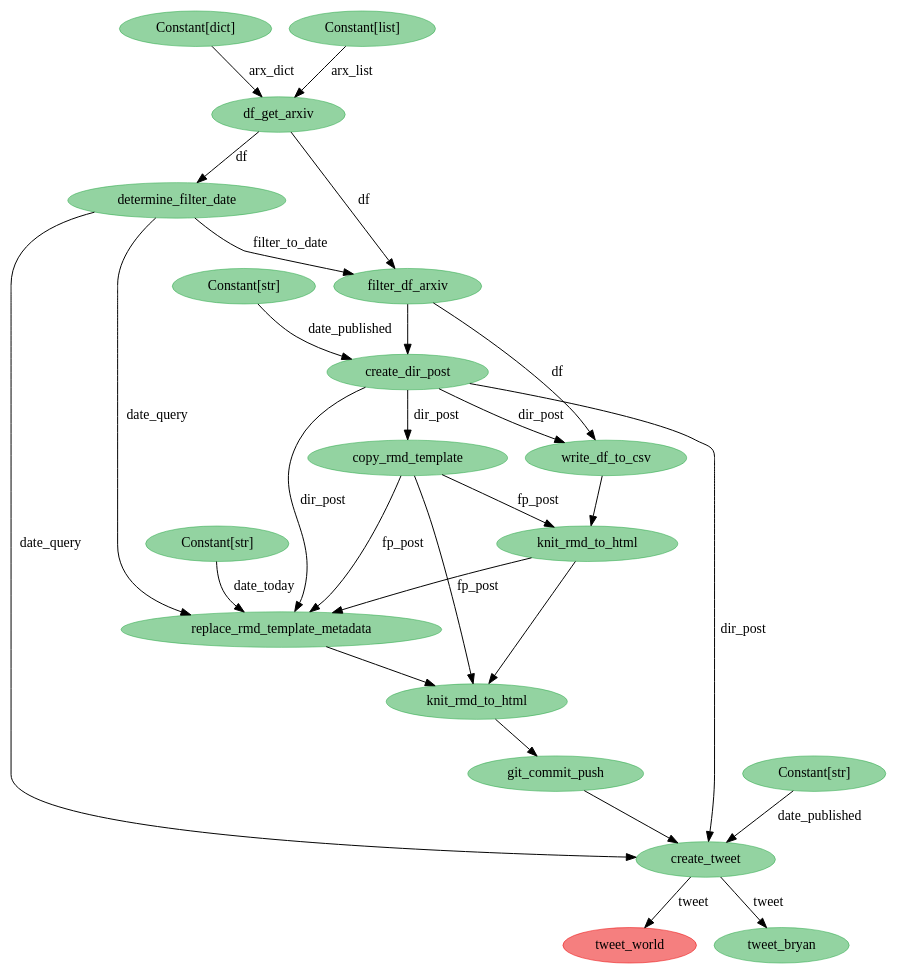
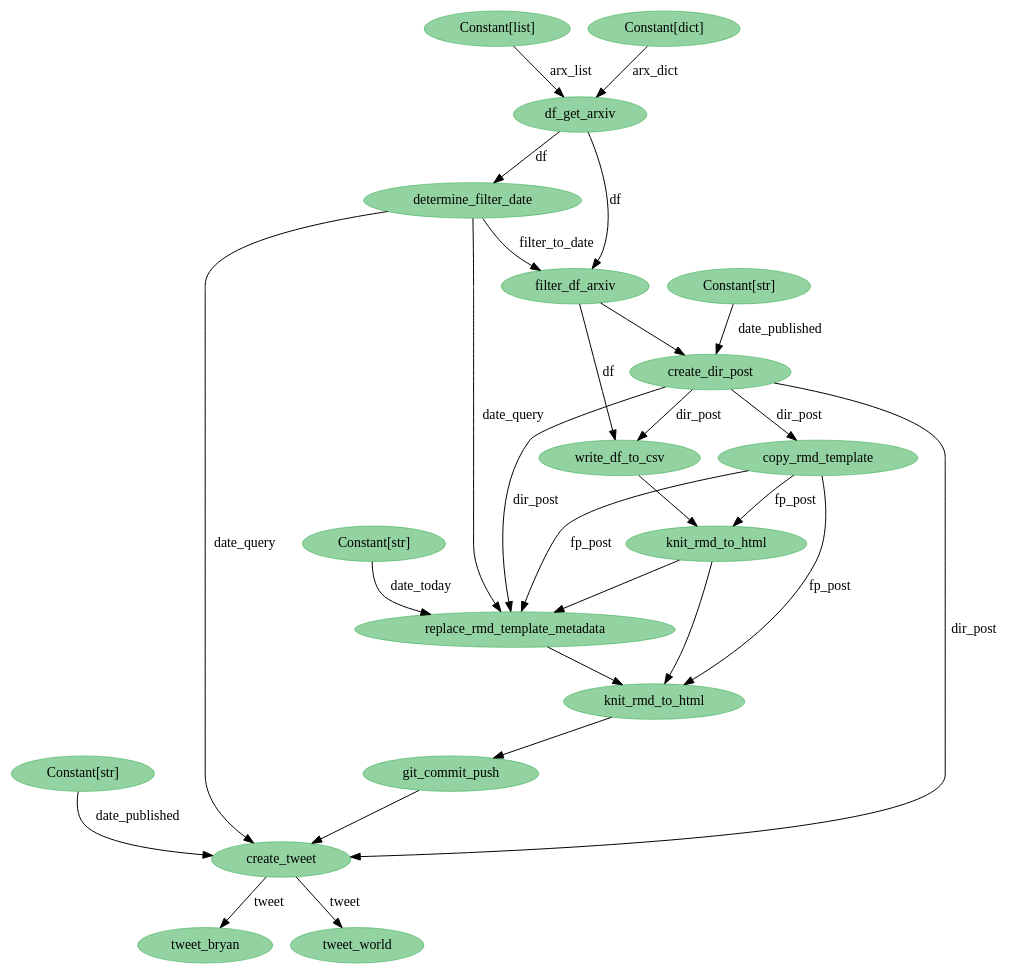
Before and after one commit to bryanwhiting/ds-arxiv: the diagram in python/state-viz.dot, drawn with Graphviz. The commit also changed 3 other files, not shown here.

```diff
--- a/python/state-viz.dot
+++ b/python/state-viz.dot
@@ -1,47 +1,47 @@
 digraph {
-	4587318864 [label=tweet_world color="#eb000080" colorscheme=svg shape=ellipse style=filled]
-	4587317968 [label=git_commit_push color="#28a74580" colorscheme=svg shape=ellipse style=filled]
-	4587317008 [label=replace_rmd_template_metadata color="#28a74580" colorscheme=svg shape=ellipse style=filled]
-	4587317072 [label="Constant[str]" color="#28a74580" colorscheme=svg shape=ellipse style=filled]
-	4587318672 [label=tweet_bryan color="#28a74580" colorscheme=svg shape=ellipse style=filled]
-	4587318224 [label=create_tweet color="#28a74580" colorscheme=svg shape=ellipse style=filled]
-	4587306704 [label=df_get_arxiv color="#28a74580" colorscheme=svg shape=ellipse style=filled]
-	4587306512 [label="Constant[dict]" color="#28a74580" colorscheme=svg shape=ellipse style=filled]
-	4587306384 [label="Constant[list]" color="#28a74580" colorscheme=svg shape=ellipse style=filled]
-	4587315728 [label=filter_df_arxiv color="#28a74580" colorscheme=svg shape=ellipse style=filled]
-	4587315408 [label=determine_filter_date color="#28a74580" colorscheme=svg shape=ellipse style=filled]
-	4587315856 [label=create_dir_post color="#28a74580" colorscheme=svg shape=ellipse style=filled]
-	4587316432 [label="Constant[str]" color="#28a74580" colorscheme=svg shape=ellipse style=filled]
-	4587315984 [label=write_df_to_csv color="#28a74580" colorscheme=svg shape=ellipse style=filled]
-	4587316560 [label=copy_rmd_template color="#28a74580" colorscheme=svg shape=ellipse style=filled]
-	4587316752 [label=knit_rmd_to_html color="#28a74580" colorscheme=svg shape=ellipse style=filled]
-	4587318288 [label="Constant[str]" color="#28a74580" colorscheme=svg shape=ellipse style=filled]
-	4587317648 [label=knit_rmd_to_html color="#28a74580" colorscheme=svg shape=ellipse style=filled]
-	4587318224 -> 4587318864 [label=tweet]
-	4587315856 -> 4587315984 [label=dir_post]
-	4587315408 -> 4587315728 [label=filter_to_date]
-	4587306704 -> 4587315728 [label=df]
-	4587316432 -> 4587315856 [label=date_published]
-	4587318288 -> 4587318224 [label=date_published]
-	4587317648 -> 4587317968
-	4587315408 -> 4587318224 [label=date_query]
-	4587315856 -> 4587316560 [label=dir_post]
-	4587316560 -> 4587317648 [label=fp_post]
-	4587316560 -> 4587317008 [label=fp_post]
-	4587316560 -> 4587316752 [label=fp_post]
-	4587315856 -> 4587318224 [label=dir_post]
-	4587318224 -> 4587318672 [label=tweet]
-	4587306704 -> 4587315408 [label=df]
-	4587315728 -> 4587315984 [label=df]
-	4587306384 -> 4587306704 [label=arx_list]
-	4587315728 -> 4587315856
-	4587315984 -> 4587316752
-	4587316752 -> 4587317008
-	4587316752 -> 4587317648
-	4587317008 -> 4587317648
-	4587317968 -> 4587318224
-	4587315408 -> 4587317008 [label=date_query]
-	4587306512 -> 4587306704 [label=arx_dict]
-	4587317072 -> 4587317008 [label=date_today]
-	4587315856 -> 4587317008 [label=dir_post]
+	4687857168 [label="Constant[str]" color="#28a74580" colorscheme=svg shape=ellipse style=filled]
+	4687856528 [label=knit_rmd_to_html color="#28a74580" colorscheme=svg shape=ellipse style=filled]
+	4687857552 [label=tweet_bryan color="#28a74580" colorscheme=svg shape=ellipse style=filled]
+	4687816784 [label=df_get_arxiv color="#28a74580" colorscheme=svg shape=ellipse style=filled]
+	4687816464 [label="Constant[list]" color="#28a74580" colorscheme=svg shape=ellipse style=filled]
+	4687817296 [label=filter_df_arxiv color="#28a74580" colorscheme=svg shape=ellipse style=filled]
+	4687817040 [label=determine_filter_date color="#28a74580" colorscheme=svg shape=ellipse style=filled]
+	4687816592 [label="Constant[dict]" color="#28a74580" colorscheme=svg shape=ellipse style=filled]
+	4687817424 [label=create_dir_post color="#28a74580" colorscheme=svg shape=ellipse style=filled]
+	4687818384 [label="Constant[str]" color="#28a74580" colorscheme=svg shape=ellipse style=filled]
+	4687817872 [label=write_df_to_csv color="#28a74580" colorscheme=svg shape=ellipse style=filled]
+	4687818512 [label=copy_rmd_template color="#28a74580" colorscheme=svg shape=ellipse style=filled]
+	4687855696 [label=knit_rmd_to_html color="#28a74580" colorscheme=svg shape=ellipse style=filled]
+	4687856848 [label=git_commit_push color="#28a74580" colorscheme=svg shape=ellipse style=filled]
+	4687855952 [label="Constant[str]" color="#28a74580" colorscheme=svg shape=ellipse style=filled]
+	4687857744 [label=tweet_world color="#28a74580" colorscheme=svg shape=ellipse style=filled]
+	4687855888 [label=replace_rmd_template_metadata color="#28a74580" colorscheme=svg shape=ellipse style=filled]
+	4687857104 [label=create_tweet color="#28a74580" colorscheme=svg shape=ellipse style=filled]
+	4687818512 -> 4687855696 [label=fp_post]
+	4687817424 -> 4687857104 [label=dir_post]
+	4687816464 -> 4687816784 [label=arx_list]
+	4687817040 -> 4687857104 [label=date_query]
+	4687817872 -> 4687855696
+	4687855696 -> 4687855888
+	4687855696 -> 4687856528
+	4687856528 -> 4687856848
+	4687857104 -> 4687857552 [label=tweet]
+	4687817040 -> 4687817296 [label=filter_to_date]
+	4687817296 -> 4687817872 [label=df]
+	4687855952 -> 4687855888 [label=date_today]
+	4687816784 -> 4687817040 [label=df]
+	4687818512 -> 4687855888 [label=fp_post]
+	4687818512 -> 4687856528 [label=fp_post]
+	4687817424 -> 4687817872 [label=dir_post]
+	4687817424 -> 4687818512 [label=dir_post]
+	4687817424 -> 4687855888 [label=dir_post]
+	4687817040 -> 4687855888 [label=date_query]
+	4687818384 -> 4687817424 [label=date_published]
+	4687857168 -> 4687857104 [label=date_published]
+	4687817296 -> 4687817424
+	4687855888 -> 4687856528
+	4687856848 -> 4687857104
+	4687857104 -> 4687857744 [label=tweet]
+	4687816784 -> 4687817296 [label=df]
+	4687816592 -> 4687816784 [label=arx_dict]
 }
```
